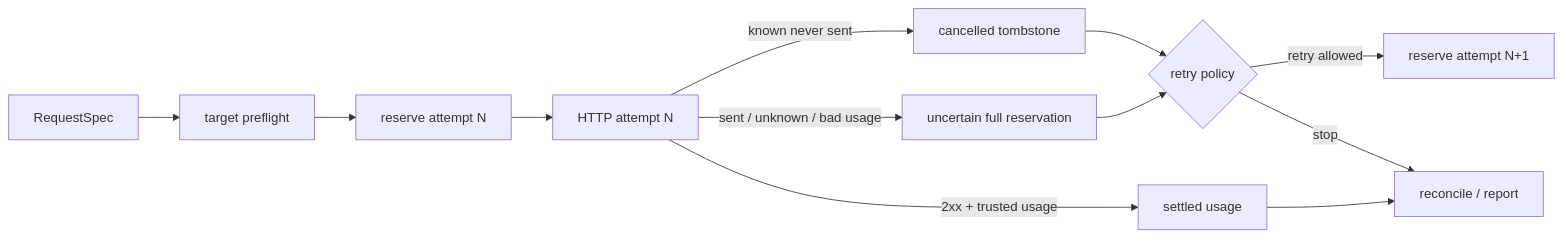
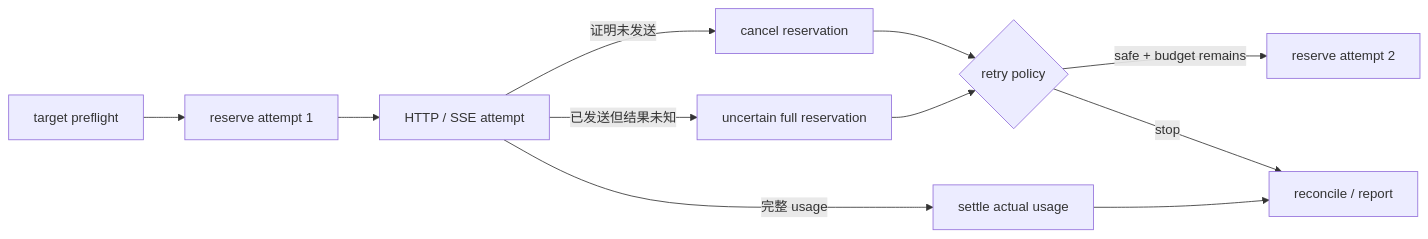
One commit to NightLemon/about-llm changed the diagram in docs/practice/projects/cloud-api-contracts.md. Above: the diagram before and after it, drawn with Mermaid. The commit also changed other lines of this file and 9 other files, not shown here.

````diff
--- a/docs/practice/projects/cloud-api-contracts.md
+++ b/docs/practice/projects/cloud-api-contracts.md
@@ -10,14 +19,13 @@
 ```mermaid
 flowchart LR
-    R["RequestSpec"] --> P["target preflight"]
-    P --> B["reserve attempt N"]
-    B --> H["HTTP attempt N"]
-    H -->|"known never sent"| C["cancelled tombstone"]
-    H -->|"2xx + trusted usage"| S["settled usage"]
-    H -->|"sent / unknown / bad usage"| U["uncertain full reservation"]
-    C --> D{"retry policy"}
-    U --> D
-    D -->|"retry allowed"| B2["reserve attempt N+1"]
-    D -->|"stop"| X["reconcile / report"]
-    S --> X
+  P["target preflight"] --> R["reserve attempt 1"]
+  R --> H["HTTP / SSE attempt"]
+  H -->|"证明未发送"| C["cancel reservation"]
+  H -->|"完整 usage"| S["settle actual usage"]
+  H -->|"已发送但结果未知"| U["uncertain full reservation"]
+  C --> D{"retry policy"}
+  U --> D
+  D -->|"safe + budget remains"| R2["reserve attempt 2"]
+  D -->|"stop"| X["reconcile / report"]
+  S --> X
 ```
````
